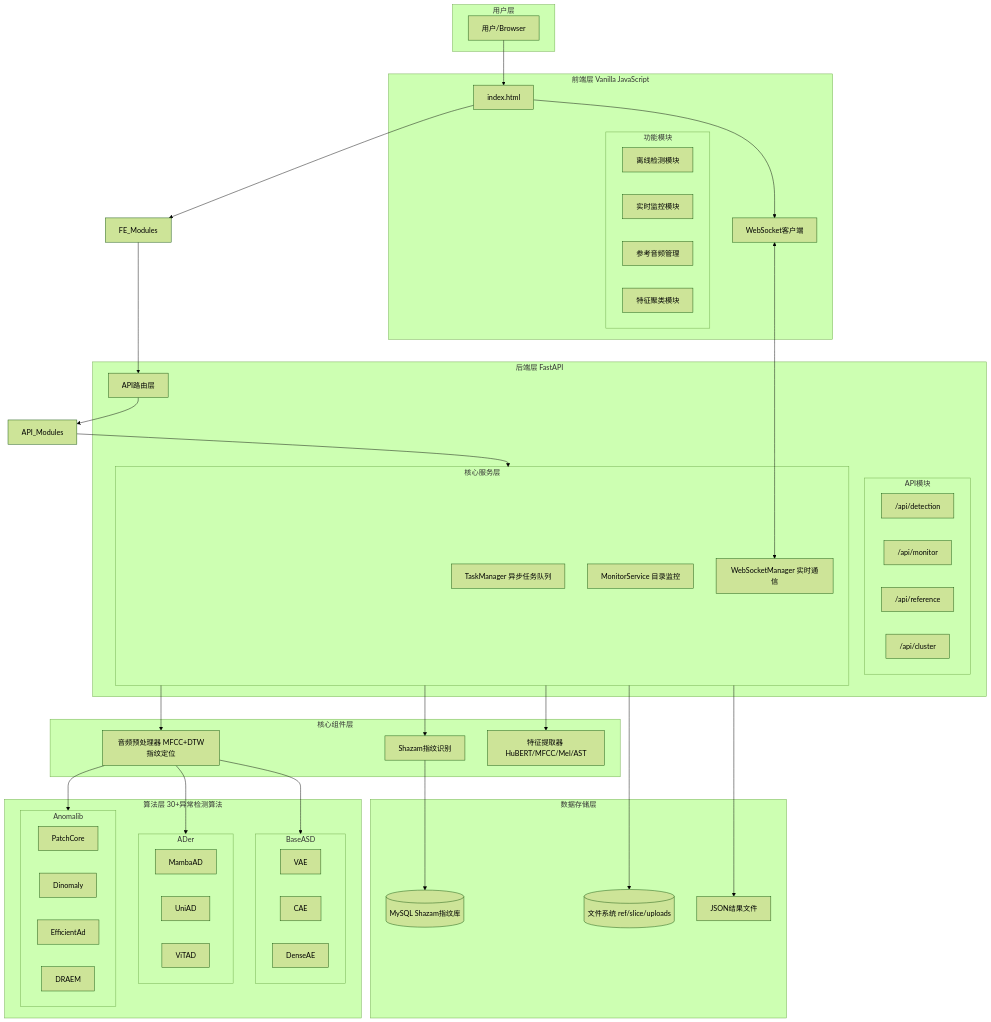
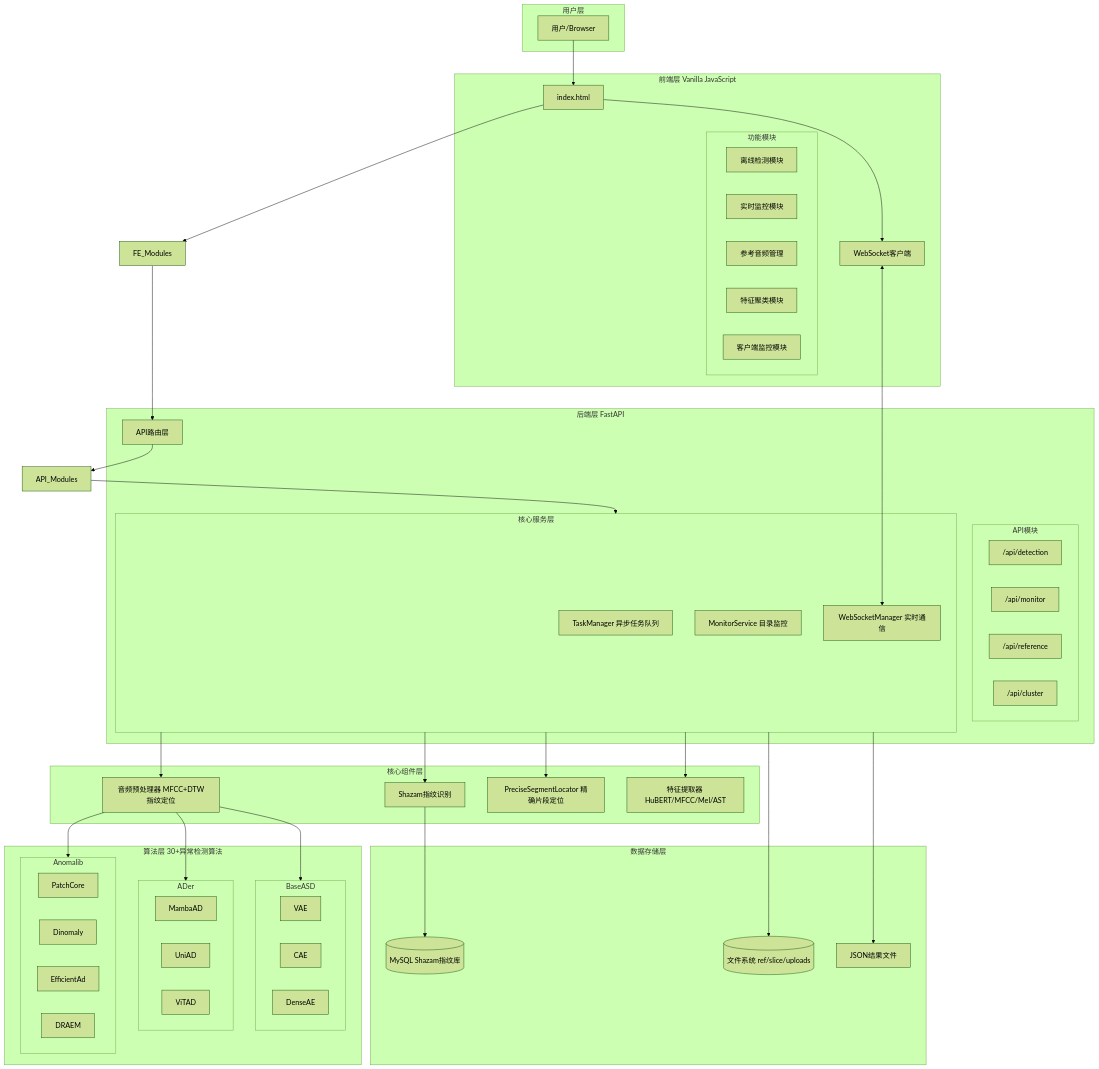
Before and after one commit to francklinson/ASPKD: the first of 3 diagrams in readme.md, drawn with Mermaid (forest theme). The commit also changed other lines of this file and 1 other file, not shown here.

```diff
--- a/readme.md
+++ b/readme.md
@@ -123,6 +123,7 @@
             FE_Monitor[实时监控模块]
             FE_Reference[参考音频管理]
             FE_Cluster[特征聚类模块]
+            FE_Clients[客户端监控模块]
         end
         FE_WS[WebSocket客户端]
     end
@@ -146,6 +147,7 @@
     subgraph CoreLayer[核心组件层]
         Shazam[Shazam指纹识别]
         Preprocessor[音频预处理器 MFCC+DTW指纹定位]
+        PreciseLocator[PreciseSegmentLocator 精确片段定位]
         FeatureExtractor[特征提取器 HuBERT/MFCC/Mel/AST]
     end
 
@@ -185,6 +187,7 @@
     
     CoreServices --> Preprocessor
     CoreServices --> Shazam
+    CoreServices --> PreciseLocator
     CoreServices --> FeatureExtractor
     
     Preprocessor --> AnomalibAlgo
```
